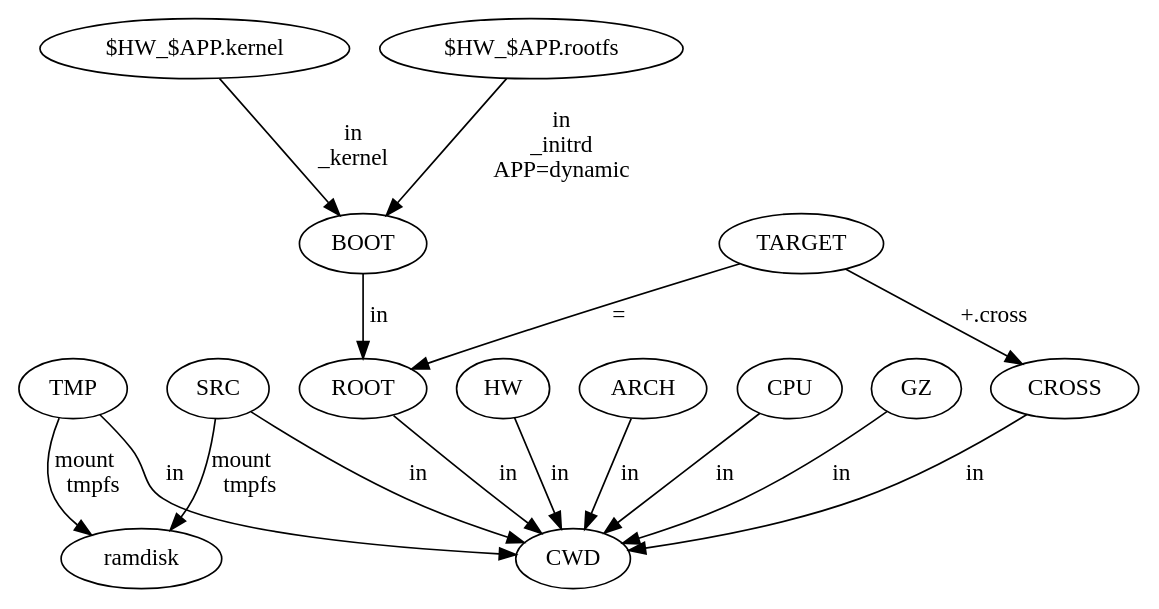
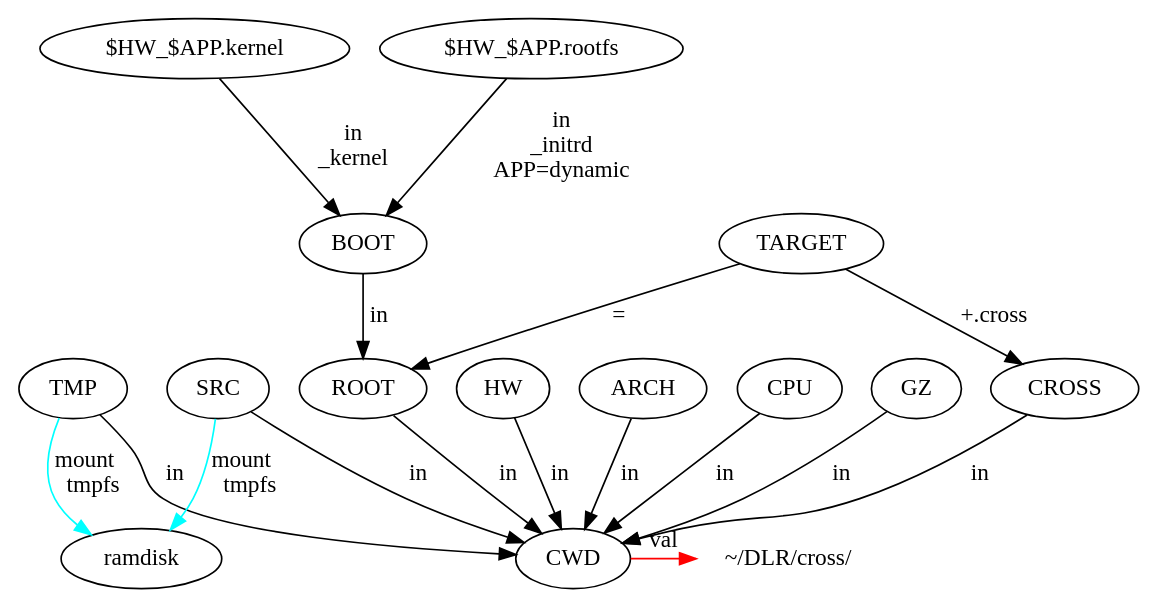
One commit to ponyatov/DLR changed the diagram in doc/cross/02.dot. Above: the diagram before and after it, drawn with Graphviz. The commit also changed 8 other files, not shown here.

```diff
--- a/doc/cross/02.dot
+++ b/doc/cross/02.dot
@@ -1,17 +1,21 @@
 digraph {
 GZ -> CWD [label=in];
 CROSS -> CWD [label=in];
 TMP -> CWD [label=in];
 SRC -> CWD [label=in];
 ROOT -> CWD [label=in];
 BOOT -> ROOT [label="\ in"];
 TARGET -> CROSS [label="+.cross"];
 TARGET -> ROOT [label="="];
 HW -> CWD [label=in];
 ARCH -> CWD [label=in];
 CPU -> CWD [label=in];
-TMP -> ramdisk [label="mount\ltmpfs"];
-SRC -> ramdisk [label="mount\ltmpfs"];
+TMP -> ramdisk [label="mount\ltmpfs",color=cyan];
+SRC -> ramdisk [label="mount\ltmpfs",color=cyan];
 "$HW_$APP.kernel" -> BOOT [label="in\n_kernel"];
 "$HW_$APP.rootfs" -> BOOT [label="in\n_initrd\nAPP=dynamic"];
+{rank=same;
+CWD -> "~/DLR/cross/" [label=val,color=red];
+"~/DLR/cross/" [shape=none];
 }
+}
```
